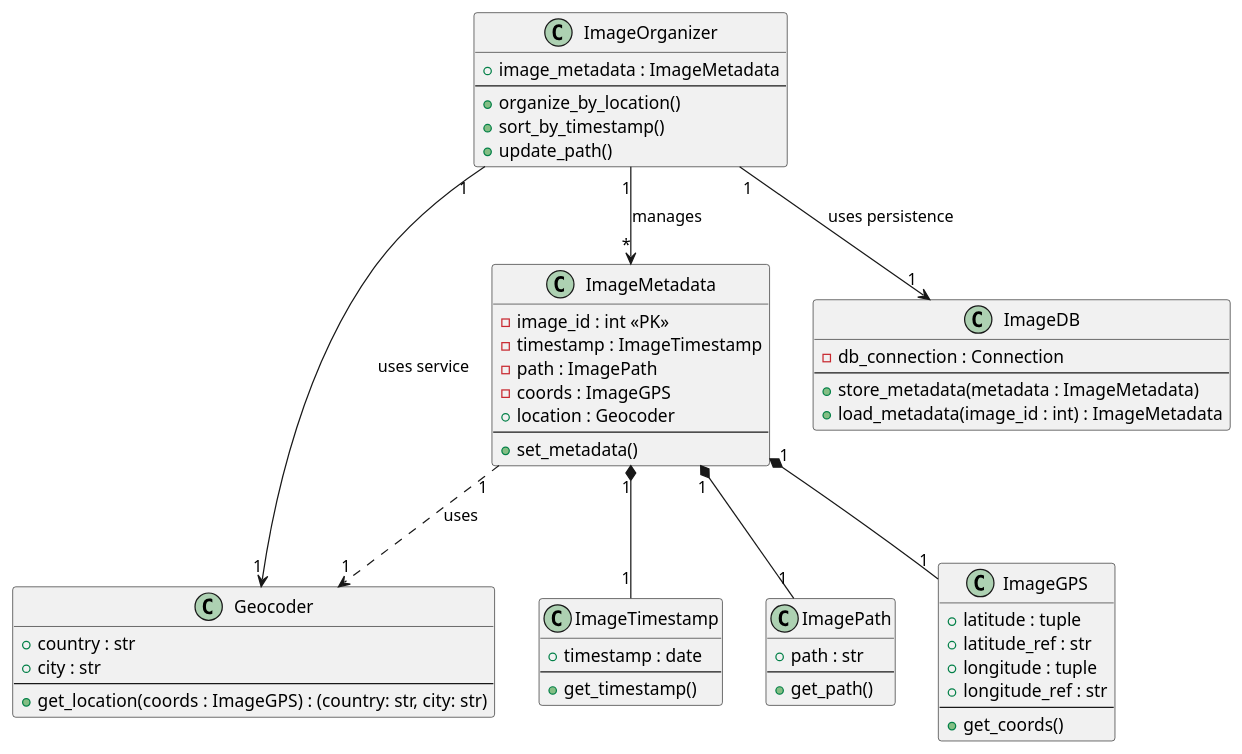
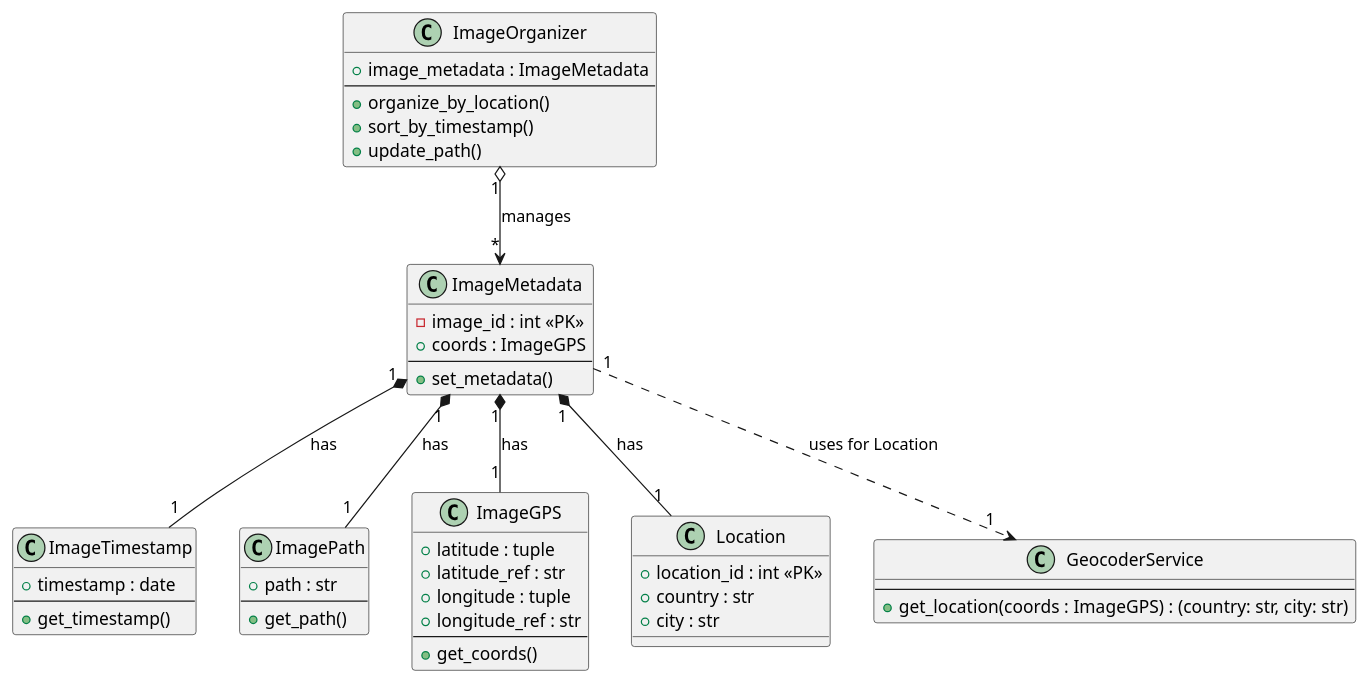
One commit to ansandnes/image-sorter changed the diagram in assets/diagrams/class_diagrams.wsd. Above: the diagram before and after it, drawn with PlantUML. The commit also changed 3 other files, not shown here.

Commit message:
Refactor class diagrams: rename Geocoder to Location, update relationships, and remove unused object diagram.

```diff
--- a/assets/diagrams/class_diagrams.wsd
+++ b/assets/diagrams/class_diagrams.wsd
@@ -1,76 +1,76 @@
 @startuml Image-Sorter
 
 class ImageTimestamp {
     +timestamp : date
     --
     +get_timestamp()
 }
 
 class ImagePath {
     +path : str
     --
     +get_path()
 }
 
 class ImageGPS {
     +latitude : tuple
     +latitude_ref : str
     +longitude : tuple
     +longitude_ref : str
     --
     +get_coords()
 }
 
-class Geocoder {
+class Location {
+    +location_id : int <<PK>>
     +country : str
     +city : str
+}
+
+class GeocoderService {
     --
     +get_location(coords : ImageGPS) : (country: str, city: str)
 }
 
 class ImageMetadata {
     -image_id : int <<PK>>
-    -timestamp : ImageTimestamp
-    -path : ImagePath
-    -coords : ImageGPS
-    +location : Geocoder
+    +coords : ImageGPS
     --
     +set_metadata()
 }
 
 class ImageOrganizer {
     +image_metadata : ImageMetadata
     --
     +organize_by_location()
     +sort_by_timestamp()
     +update_path()
 }
 
-' Add a database
-class ImageDB {
-    -db_connection : Connection
-    --
-    +store_metadata(metadata : ImageMetadata)
-    +load_metadata(image_id : int) : ImageMetadata
-}
+' ' Add a database
+' class ImageDB {
+'     -db_connection : Connection
+'     --
+'     +store_metadata(metadata : ImageMetadata)
+'     +load_metadata(image_id : int) : ImageMetadata
+' }
 
 ' --- RELATIONSHIPS ---
 
 ' ImageMetadata is composed of the data components
-ImageMetadata "1" *-- "1" ImageTimestamp
-ImageMetadata "1" *-- "1" ImagePath
-ImageMetadata "1" *-- "1" ImageGPS
+ImageMetadata "1" *-- "1" ImageTimestamp : has
+ImageMetadata "1" *-- "1" ImagePath : has
+ImageMetadata "1" *-- "1" ImageGPS : has
+ImageMetadata "1" *-- "1" Location : has
 
-' ImageMetadata uses the Geocoder to get location data
-ImageMetadata "1" ..> "1" Geocoder : uses
+' ImageMetadata uses the GeocoderService to get location data
+ImageMetadata "1" ..> "1" GeocoderService : uses for Location
 
 ' ImageOrganizer manages a collection of ImageMetadata
-ImageOrganizer "1" --> "*" ImageMetadata : manages
+ImageOrganizer "1" o--> "*" ImageMetadata : manages
 
-' ImageOrganizer uses the Geocoder service and the DB service
-ImageOrganizer "1" --> "1" Geocoder : uses service
-ImageOrganizer "1" --> "1" ImageDB : uses persistence
-
+' ' ImageOrganizer uses the GeocoderService service and the DB service
+' ImageOrganizer "1" --> "1" ImageDB : uses persistence
 
 
 @enduml
```
